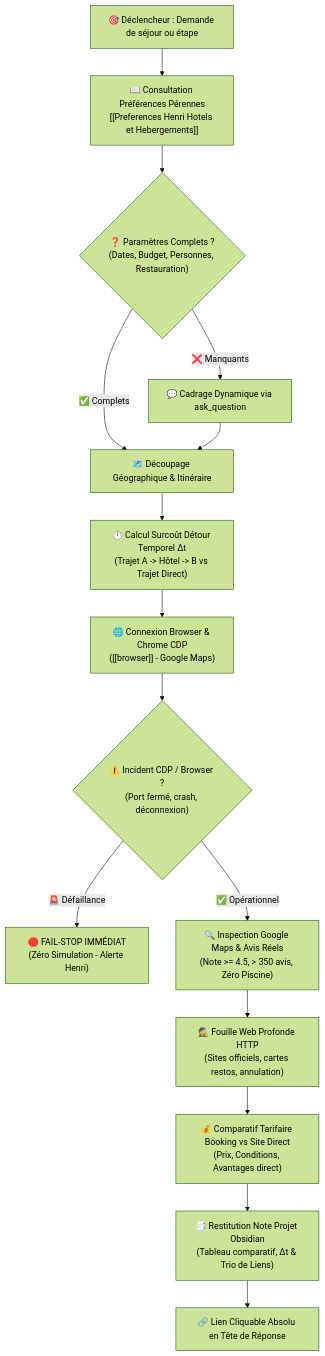
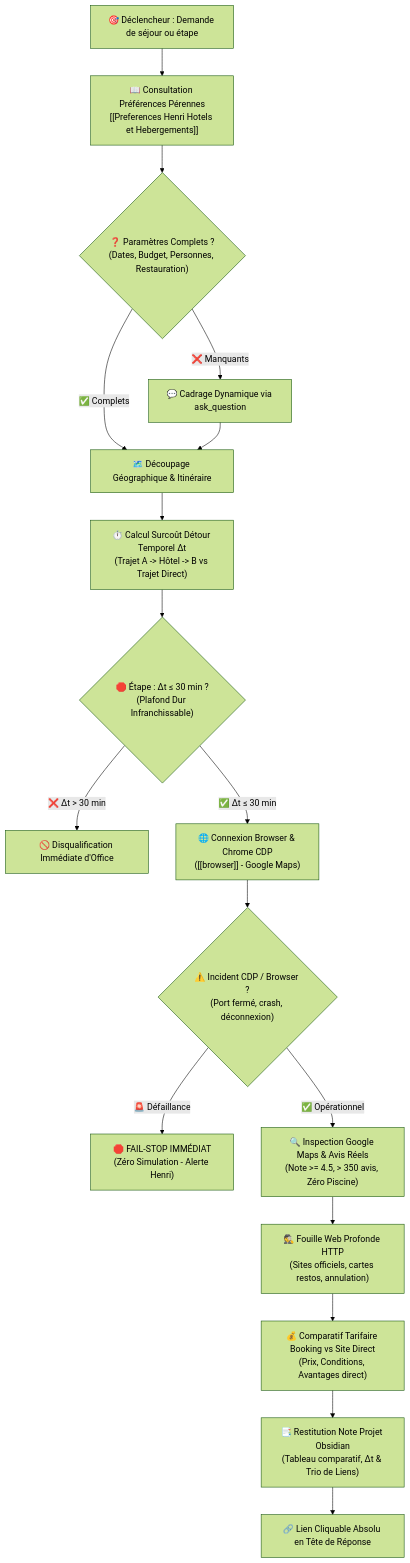
One commit to hjamet/cursor-memory-bank changed the diagram in src/skills/hotel-scout/SKILL.md. Above: the diagram before and after it, drawn with Mermaid (forest theme). The commit also changed other lines of this file, not shown here.

Commit message:
feat(hotel-scout): règle d'or du détour temporel maximal Delta t <= 30 min (plafond dur infranchissable)

````diff
--- a/src/skills/hotel-scout/SKILL.md
+++ b/src/skills/hotel-scout/SKILL.md
@@ -8,17 +8,19 @@
 ```mermaid
 flowchart TD
     A["🎯 Déclencheur : Demande de séjour ou étape"] --> B["📖 Consultation Préférences Pérennes<br/>[[Preferences Henri Hotels et Hebergements]]"]
     B --> C{"❓ Paramètres Complets ?<br/>(Dates, Budget, Personnes, Restauration)"}
     C -->|❌ Manquants| D["💬 Cadrage Dynamique via ask_question"]
     C -->|✅ Complets| E["🗺️ Découpage Géographique & Itinéraire"]
     D --> E
     E --> F["⏱️ Calcul Surcoût Détour Temporel Δt<br/>(Trajet A -> Hôtel -> B vs Trajet Direct)"]
-    F --> G["🌐 Connexion Browser & Chrome CDP<br/>([[browser]] - Google Maps)"]
+    F --> F_CHECK{"🛑 Étape : Δt ≤ 30 min ?<br/>(Plafond Dur Infranchissable)"}
+    F_CHECK -->|❌ Δt > 30 min| F_DISQ["🚫 Disqualification Immédiate d'Office"]
+    F_CHECK -->|✅ Δt ≤ 30 min| G["🌐 Connexion Browser & Chrome CDP<br/>([[browser]] - Google Maps)"]
     G --> H{"⚠️ Incident CDP / Browser ?<br/>(Port fermé, crash, déconnexion)"}
     H -->|🚨 Défaillance| I["🛑 FAIL-STOP IMMÉDIAT<br/>(Zéro Simulation - Alerte Henri)"]
     H -->|✅ Opérationnel| J["🔍 Inspection Google Maps & Avis Réels<br/>(Note >= 4.5, > 350 avis, Zéro Piscine)"]
     J --> K["🕵️ Fouille Web Profonde HTTP<br/>(Sites officiels, cartes restos, annulation)"]
     K --> L["💰 Comparatif Tarifaire Booking vs Site Direct<br/>(Prix, Conditions, Avantages direct)"]
     L --> M["📑 Restitution Note Projet Obsidian<br/>(Tableau comparatif, Δt & Trio de Liens)"]
     M --> N["🔗 Lien Cliquable Absolu en Tête de Réponse"]
 ```
````
